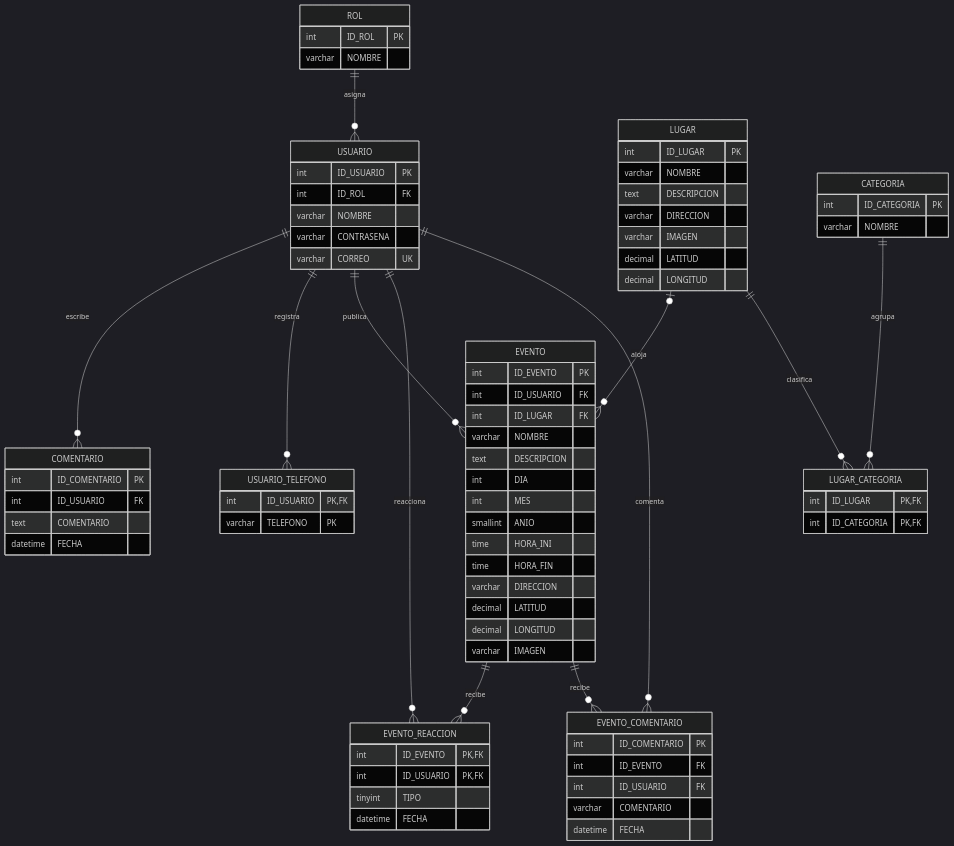
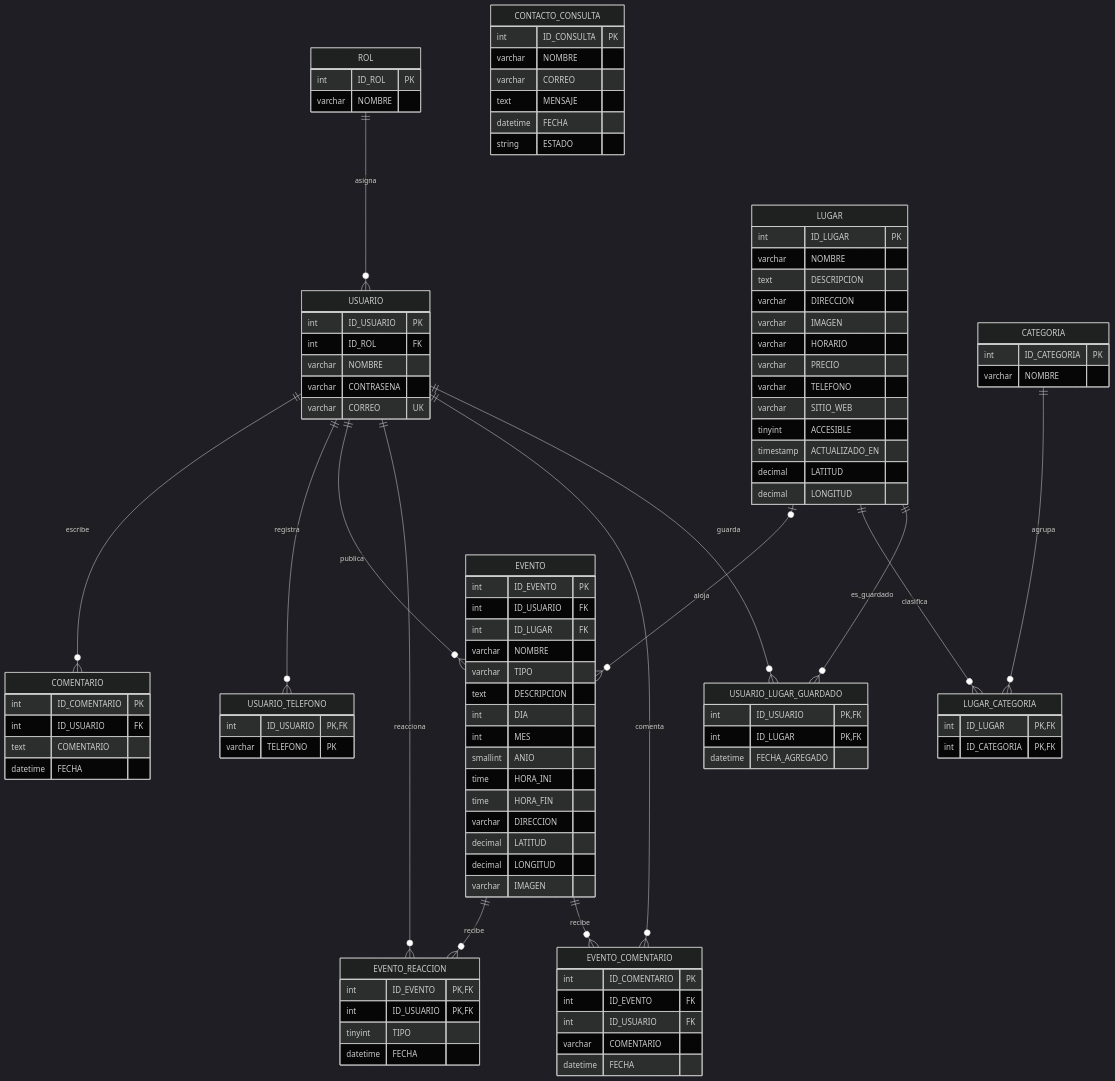
One commit to FacuBisio/ProyectoUTU changed the diagram in database/modelo-entidad-relacion.md. Above: the diagram before and after it, drawn with Mermaid (dark theme). The commit also changed other lines of this file and 65 other files, not shown here.

````diff
--- a/database/modelo-entidad-relacion.md
+++ b/database/modelo-entidad-relacion.md
@@ -17,6 +17,16 @@
     EVENTO ||--o{ EVENTO_REACCION : recibe
     USUARIO ||--o{ EVENTO_COMENTARIO : comenta
     EVENTO ||--o{ EVENTO_COMENTARIO : recibe
+    USUARIO ||--o{ USUARIO_LUGAR_GUARDADO : guarda
+    LUGAR ||--o{ USUARIO_LUGAR_GUARDADO : es_guardado
+    CONTACTO_CONSULTA {
+        int ID_CONSULTA PK
+        varchar NOMBRE
+        varchar CORREO
+        text MENSAJE
+        datetime FECHA
+        string ESTADO
+    }
 
     ROL {
         int ID_ROL PK
@@ -45,6 +55,12 @@
         text DESCRIPCION
         varchar DIRECCION
         varchar IMAGEN
+        varchar HORARIO
+        varchar PRECIO
+        varchar TELEFONO
+        varchar SITIO_WEB
+        tinyint ACCESIBLE
+        timestamp ACTUALIZADO_EN
         decimal LATITUD
         decimal LONGITUD
     }
@@ -61,6 +77,7 @@
         int ID_USUARIO FK
         int ID_LUGAR FK
         varchar NOMBRE
+        varchar TIPO
         text DESCRIPCION
         int DIA
         int MES
@@ -85,4 +102,9 @@
         varchar COMENTARIO
         datetime FECHA
     }
+    USUARIO_LUGAR_GUARDADO {
+        int ID_USUARIO PK,FK
+        int ID_LUGAR PK,FK
+        datetime FECHA_AGREGADO
+    }
 ```
````
